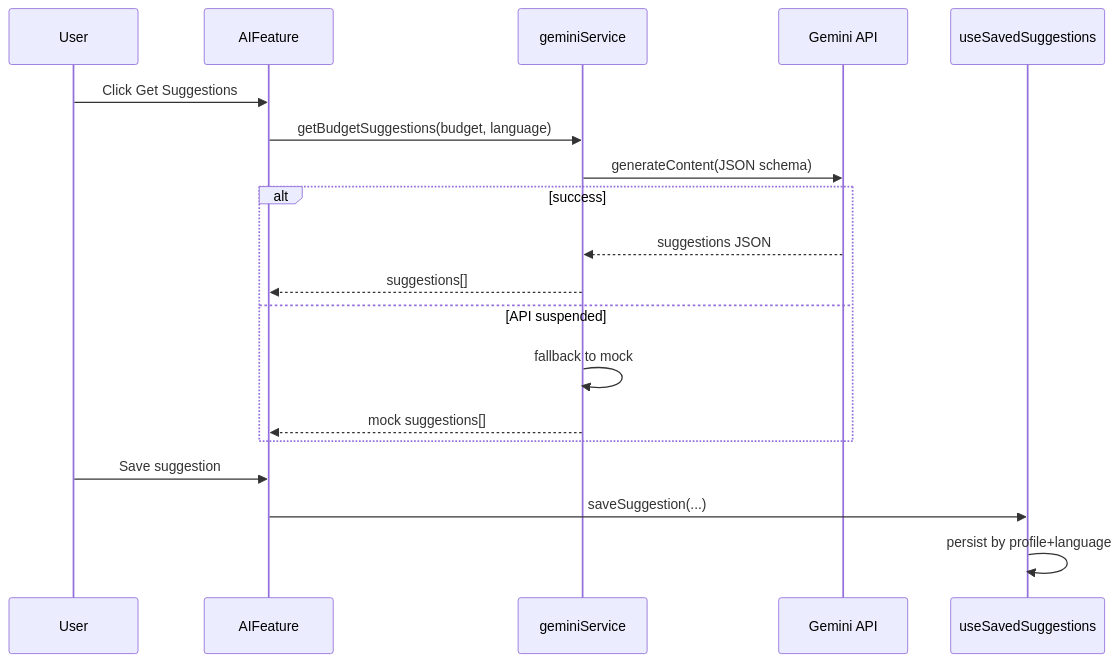
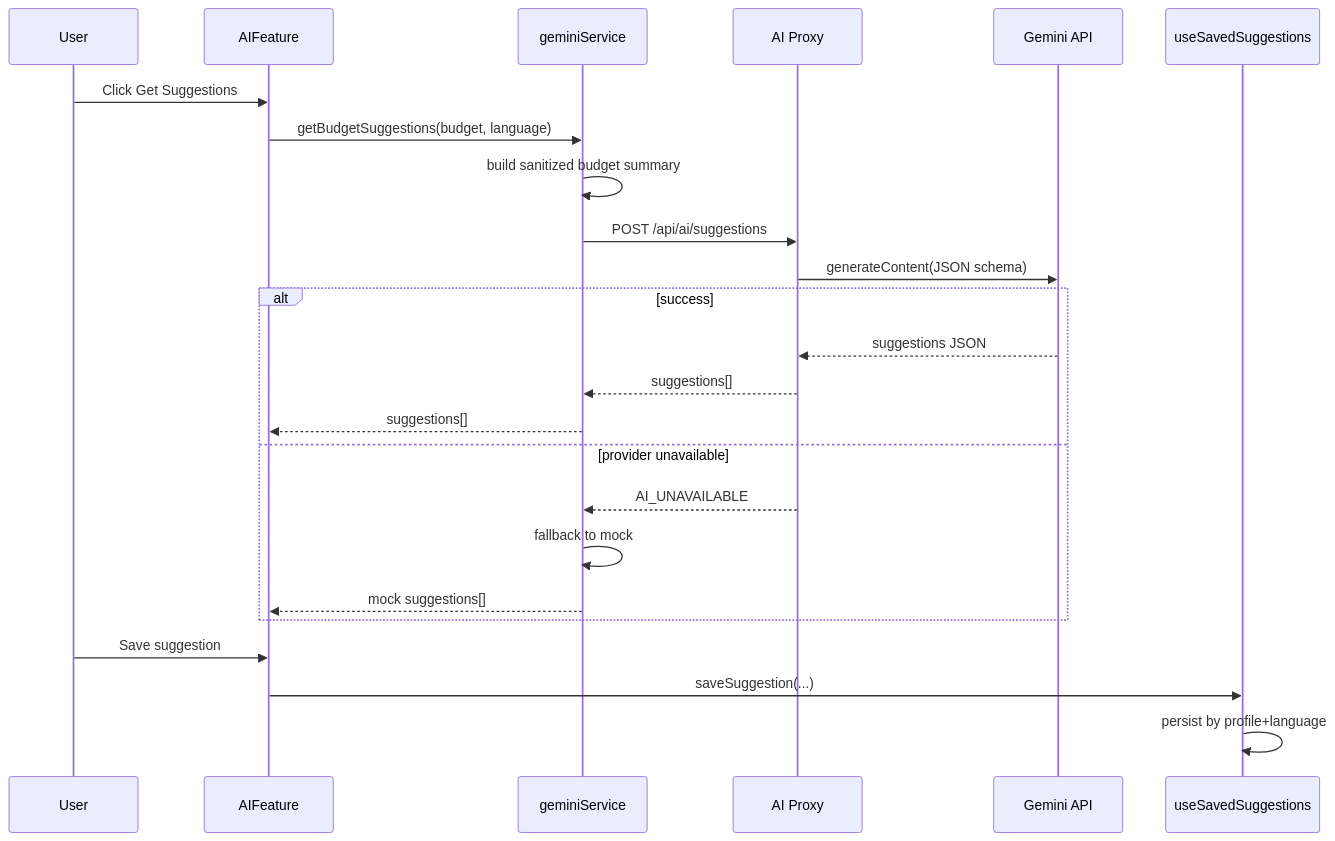
One commit to patrickcruzutfpr/family-budget-app changed the third of 5 diagrams in docs/architecture/F-critical-flows.md. Above: the diagram before and after it, drawn with Mermaid. The commit also changed other lines of this file and 36 other files, not shown here.

First line of the commit message:
feat: Implement backend server with AI proxy service with budget suggestion functionality

````diff
--- a/docs/architecture/F-critical-flows.md
+++ b/docs/architecture/F-critical-flows.md
@@ -52,22 +52,27 @@
 ```mermaid
 sequenceDiagram
   participant U as User
   participant AIUI as AIFeature
   participant GS as geminiService
+  participant AP as AI Proxy
   participant G as Gemini API
   participant S as useSavedSuggestions
 
   U->>AIUI: Click Get Suggestions
   AIUI->>GS: getBudgetSuggestions(budget, language)
-  GS->>G: generateContent(JSON schema)
+  GS->>GS: build sanitized budget summary
+  GS->>AP: POST /api/ai/suggestions
+  AP->>G: generateContent(JSON schema)
   alt success
-    G-->>GS: suggestions JSON
+    G-->>AP: suggestions JSON
+    AP-->>GS: suggestions[]
     GS-->>AIUI: suggestions[]
-  else API suspended
+  else provider unavailable
+    AP-->>GS: AI_UNAVAILABLE
     GS->>GS: fallback to mock
     GS-->>AIUI: mock suggestions[]
   end
   U->>AIUI: Save suggestion
   AIUI->>S: saveSuggestion(...)
   S->>S: persist by profile+language
 ```
````
